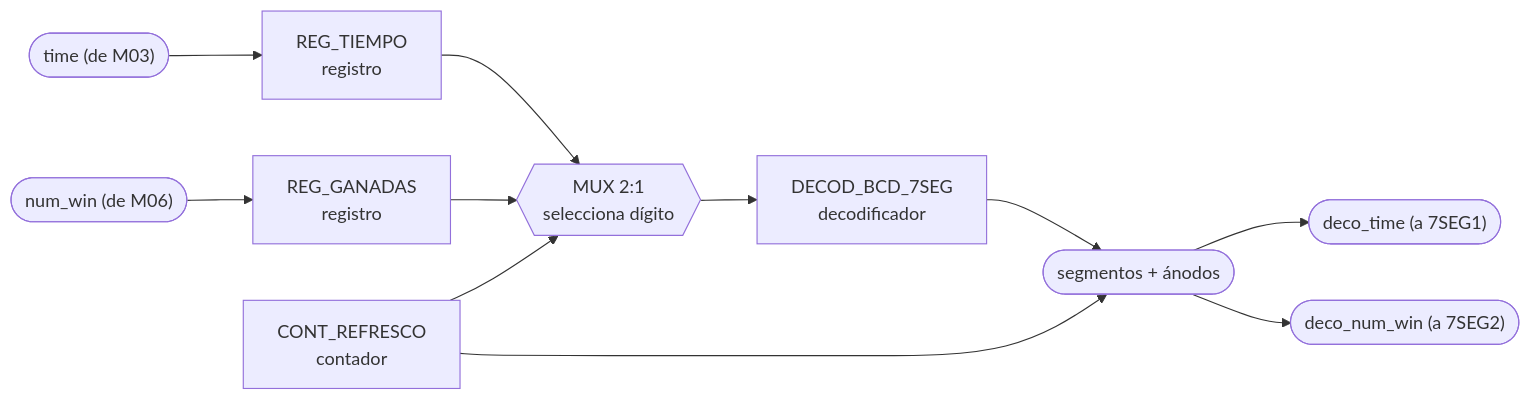
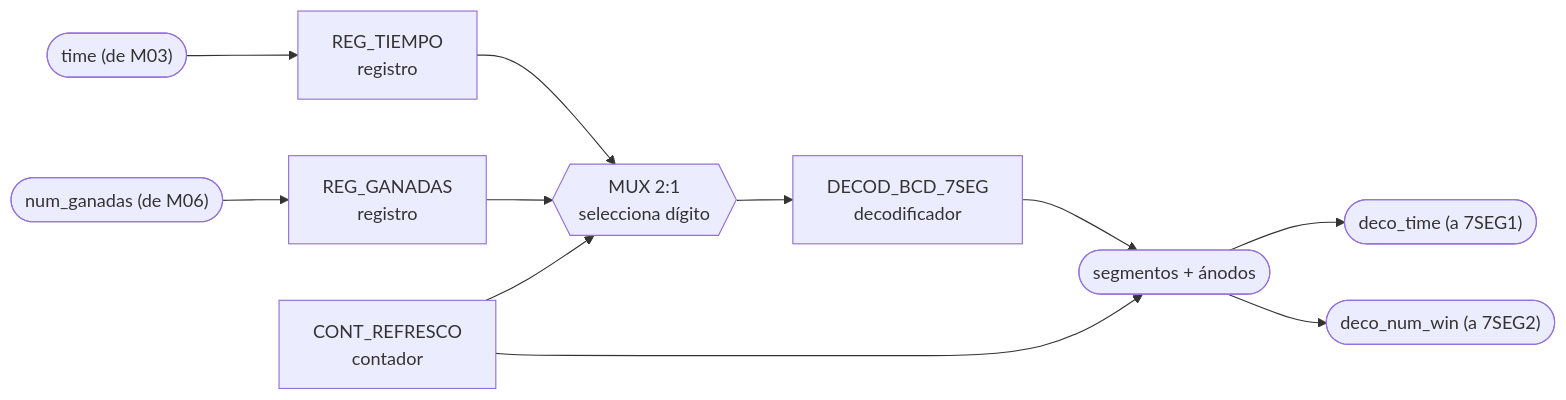
One commit to Taller-de-diseno-digital-GR01/Proyecto-2-Ahorcado changed the second of 13 diagrams in docs/diseño/diagramas/nivel03.md. Above: the diagram before and after it, drawn with Mermaid. The commit also changed other lines of this file and 1 other file, not shown here.

````diff
--- a/docs/diseño/diagramas/nivel03.md
+++ b/docs/diseño/diagramas/nivel03.md
@@ -121,13 +137,13 @@
 ```mermaid
 flowchart LR
     IN_TIME(["time (de M03)"]) --> REG_T["REG_TIEMPO<br/>registro"]
-    IN_WIN(["num_win (de M06)"]) --> REG_G["REG_GANADAS<br/>registro"]
+    IN_WIN(["num_ganadas (de M06)"]) --> REG_G["REG_GANADAS<br/>registro"]
     CNT_REF["CONT_REFRESCO<br/>contador"] --> MUX1{{"MUX 2:1<br/>selecciona dígito"}}
     REG_T --> MUX1
     REG_G --> MUX1
     MUX1 --> DEC["DECOD_BCD_7SEG<br/>decodificador"]
     DEC --> OUT_SEG(["segmentos + ánodos"])
     CNT_REF --> OUT_SEG
     OUT_SEG --> OUT_T(["deco_time (a 7SEG1)"])
     OUT_SEG --> OUT_W(["deco_num_win (a 7SEG2)"])
 ```
````
